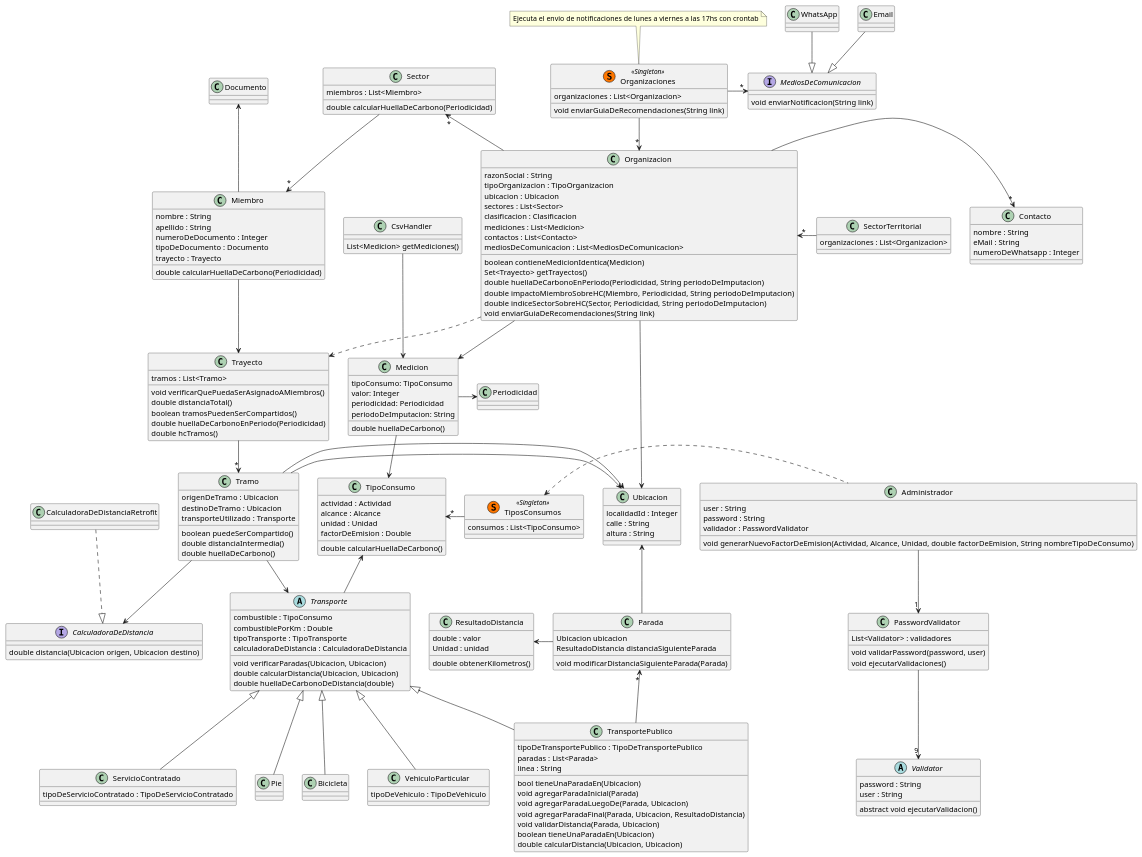
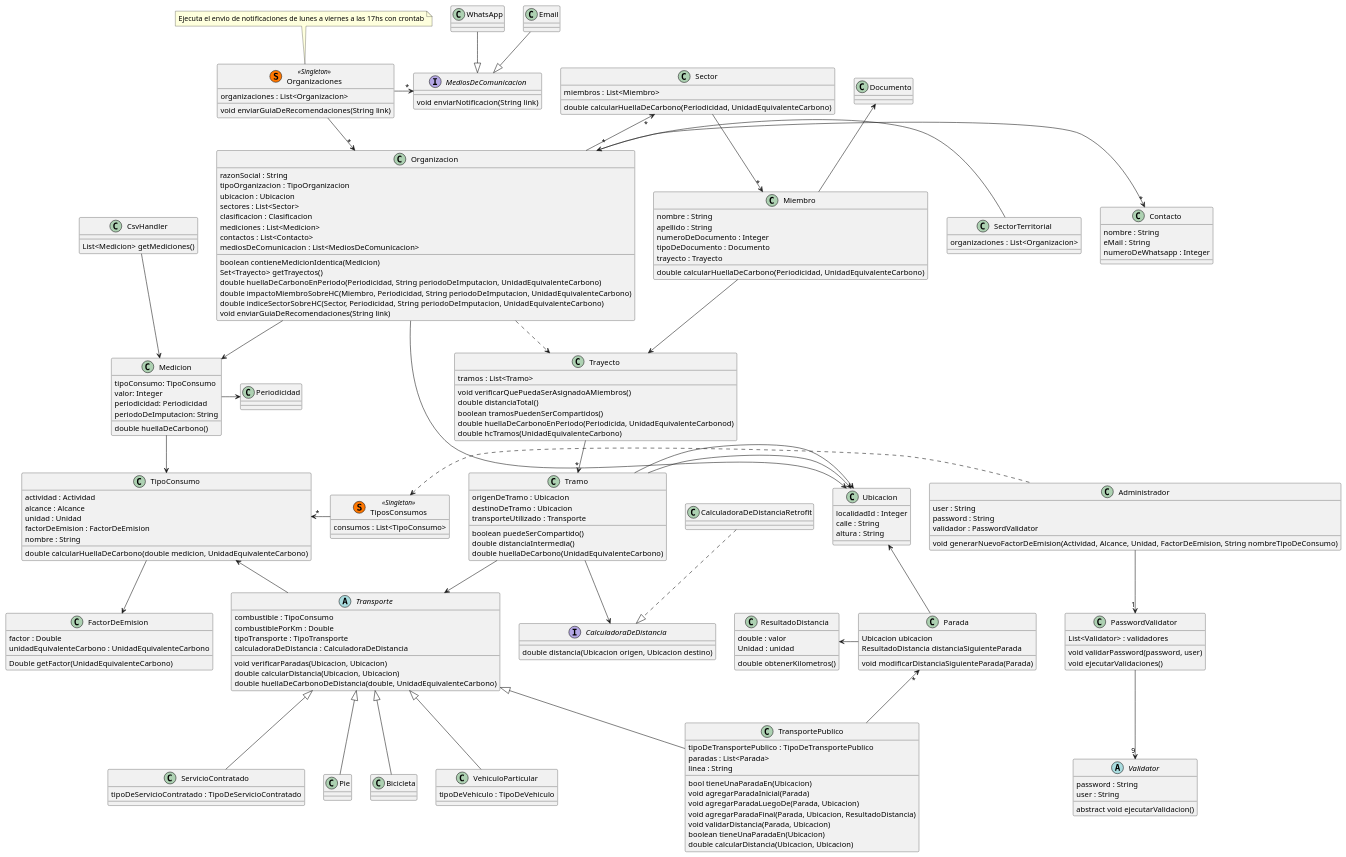
One commit to mbeorlegui/tpa-dds-2022 changed the diagram in Diagrama-simplificado.puml. Above: the diagram before and after it, drawn with PlantUML. The commit also changed 3 other files, not shown here.

Commit message:
Actualizo diagramas

```diff
--- a/Diagrama-simplificado.puml
+++ b/Diagrama-simplificado.puml
@@ -11,9 +11,9 @@
   mediosDeComunicacion : List<MediosDeComunicacion>
   boolean contieneMedicionIdentica(Medicion)
   Set<Trayecto> getTrayectos()
-  double huellaDeCarbonoEnPeriodo(Periodicidad, String periodoDeImputacion)
-  double impactoMiembroSobreHC(Miembro, Periodicidad, String periodoDeImputacion)
-  double indiceSectorSobreHC(Sector, Periodicidad, String periodoDeImputacion)
+  double huellaDeCarbonoEnPeriodo(Periodicidad, String periodoDeImputacion, UnidadEquivalenteCarbono)
+  double impactoMiembroSobreHC(Miembro, Periodicidad, String periodoDeImputacion, UnidadEquivalenteCarbono)
+  double indiceSectorSobreHC(Sector, Periodicidad, String periodoDeImputacion, UnidadEquivalenteCarbono)
   void enviarGuiaDeRecomendaciones(String link)
 }
 ' impactoMiembroSobreHC -> llamo a huellaDeCarbonoEnPeriodo, y calcularHuellaDeCarbono de Miembro,
@@ -63,11 +63,17 @@
   actividad : Actividad
   alcance : Alcance
   unidad : Unidad
-  factorDeEmision : Double
-  double calcularHuellaDeCarbono()
+  factorDeEmision : FactorDeEmision
+  nombre : String
+  double calcularHuellaDeCarbono(double medicion, UnidadEquivalenteCarbono)
 }
 ' void setFactorDeEmision(double)
 
+class FactorDeEmision {
+  factor : Double
+  unidadEquivalenteCarbono : UnidadEquivalenteCarbono
+  Double getFactor(UnidadEquivalenteCarbono)
+}
 
 class Medicion {
   tipoConsumo: TipoConsumo
@@ -85,7 +91,7 @@
 
 class Sector {
   miembros : List<Miembro>
-  double calcularHuellaDeCarbono(Periodicidad)
+  double calcularHuellaDeCarbono(Periodicidad, UnidadEquivalenteCarbono)
 }
 
 class Miembro {
@@ -94,7 +100,7 @@
   numeroDeDocumento : Integer
   tipoDeDocumento : Documento
   trayecto : Trayecto
-  double calcularHuellaDeCarbono(Periodicidad)
+  double calcularHuellaDeCarbono(Periodicidad, UnidadEquivalenteCarbono)
 }
 
 ' Usamos strategy para los medios de transportes
@@ -105,7 +111,7 @@
   calculadoraDeDistancia : CalculadoraDeDistancia
   void verificarParadas(Ubicacion, Ubicacion)
   double calcularDistancia(Ubicacion, Ubicacion)
-  double huellaDeCarbonoDeDistancia(double)
+  double huellaDeCarbonoDeDistancia(double, UnidadEquivalenteCarbono)
 }
 
 
@@ -146,7 +152,7 @@
   transporteUtilizado : Transporte
   boolean puedeSerCompartido()
   double distanciaIntermedia()
-  double huellaDeCarbono()
+  double huellaDeCarbono(UnidadEquivalenteCarbono)
 }
 ' puedeSerCompartido -> valida que el tipo de transporte del tramo sea
 ' vehiculo particular o de servicio contratado
@@ -156,8 +162,8 @@
   void verificarQuePuedaSerAsignadoAMiembros()
   double distanciaTotal()
   boolean tramosPuedenSerCompartidos()
-  double huellaDeCarbonoEnPeriodo(Periodicidad)
-  double hcTramos()
+  double huellaDeCarbonoEnPeriodo(Periodicida, UnidadEquivalenteCarbonod)
+  double hcTramos(UnidadEquivalenteCarbono)
 }
 ' verificarQuePuedaSerAsignadoAMiembros -> llama para cada tramo al validarTramoCompartido
 
@@ -185,7 +191,7 @@
   user : String
   password : String
   validador : PasswordValidator 
-  void generarNuevoFactorDeEmision(Actividad, Alcance, Unidad, double factorDeEmision, String nombreTipoDeConsumo)
+  void generarNuevoFactorDeEmision(Actividad, Alcance, Unidad, FactorDeEmision, String nombreTipoDeConsumo)
 }
 
 class PasswordValidator {
@@ -231,6 +237,7 @@
 ServicioContratado -up-|> Transporte
 
 Transporte -up-> TipoConsumo
+TipoConsumo -down-> FactorDeEmision
 
 Organizacion ..> Trayecto
 Tramo --> CalculadoraDeDistancia
```
